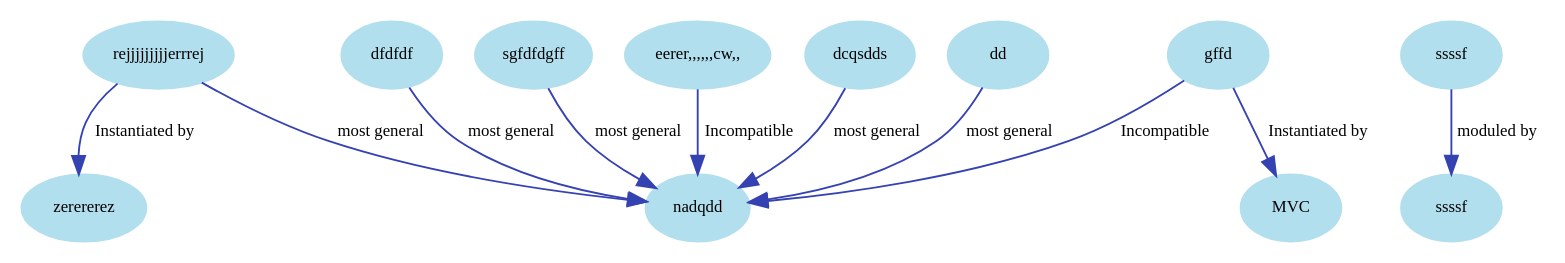
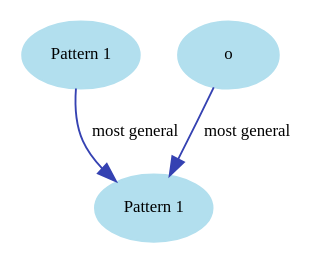
Before and after one commit to googlecode-mirror/dp-navigator: the diagram in branches/1.0/dpGraph.dot, drawn with Graphviz. The commit also changed 10 other files, not shown here.

```diff
--- a/branches/1.0/dpGraph.dot
+++ b/branches/1.0/dpGraph.dot
@@ -1,33 +1,9 @@
 digraph G {	 node [color = lightblue2,style=filled,fontname="Verdana",fontsize="9"];
 	 edge [color="0.650 0.700 0.700",fontname="Verdana",fontsize="9"];
-P5 -> R1 [label="most general"];
-P5 [label="dfdfdf"];
-R1 [label="nadqdd"];
-P7 -> R1 [label="most general"];
-P7 [label="sgfdfdgff"];
-R1 [label="nadqdd"];
-P9 -> R1 [label="most general"];
-P9 [label="dcqsdds"];
-R1 [label="nadqdd"];
-P11 -> R1 [label="most general"];
-P11 [label="dd"];
-R1 [label="nadqdd"];
-P12 -> R1 [label="most general"];
-P12 [label="rejjjjjjjjjerrrej"];
-R1 [label="nadqdd"];
-P10 -> R10 [label="moduled by"];
-P10 [label="ssssf"];
-R10 [label="ssssf"];
-P6 -> R2 [label="Instantiated by"];
-P6 [label="gffd"];
-R2 [label="MVC"];
-P12 -> R3 [label="Instantiated by"];
-P12 [label="rejjjjjjjjjerrrej"];
-R3 [label="zerererez"];
-P6 -> R1 [label="Incompatible"];
-P6 [label="gffd"];
-R1 [label="nadqdd"];
-P8 -> R1 [label="Incompatible"];
-P8 [label="eerer,,,,,,cw,,"];
-R1 [label="nadqdd"];
+P13 -> R13 [label="most general"];
+P13 [label="Pattern 1"];
+R13 [label="Pattern 1"];
+P14 -> R13 [label="most general"];
+P14 [label="o"];
+R13 [label="Pattern 1"];
 }
```
